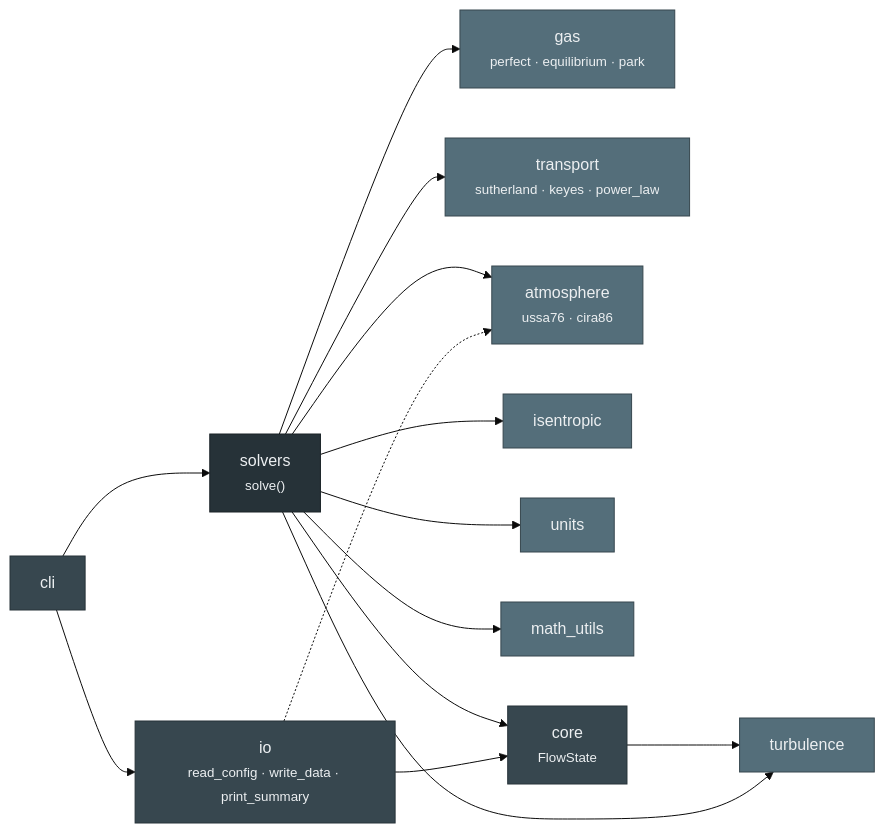
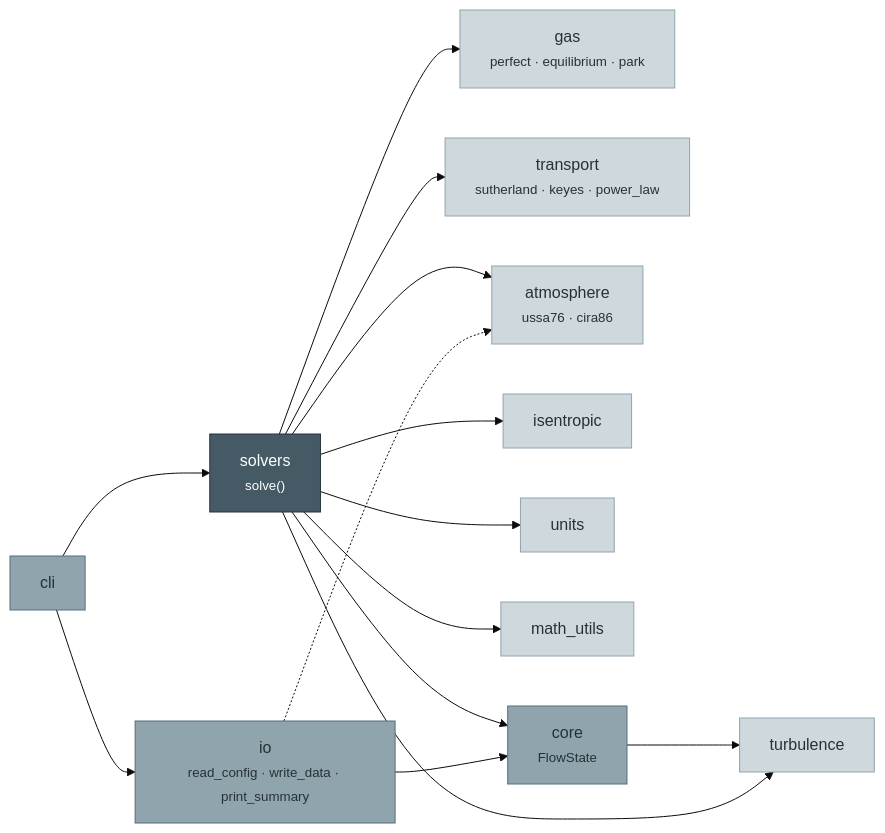
Before and after one commit to uahypersonics/flow_state: the diagram in docs/api/index.md, drawn with Mermaid (base theme).

Commit message:
updating color palette for architecture graph

````diff
--- a/docs/api/index.md
+++ b/docs/api/index.md
@@ -14,46 +14,46 @@
 ``` mermaid
 graph LR
 
     %% ---- leaf modules (no internal deps) ----
     gas["gas<br/><small>perfect · equilibrium · park</small>"]
     transport["transport<br/><small>sutherland · keyes · power_law</small>"]
     atmosphere["atmosphere<br/><small>ussa76 · cira86</small>"]
     isentropic["isentropic"]
     turbulence["turbulence"]
     units["units"]
     math_utils["math_utils"]
 
     %% ---- core ----
     core["core<br/><small>FlowState</small>"]
     core --> turbulence
 
     %% ---- solvers (central hub) ----
     solvers["solvers<br/><small>solve()</small>"]
     solvers --> core
     solvers --> gas
     solvers --> transport
     solvers --> atmosphere
     solvers --> isentropic
     solvers --> turbulence
     solvers --> units
     solvers --> math_utils
 
     %% ---- io ----
     io["io<br/><small>read_config · write_data · print_summary</small>"]
     io --> core
     io -.-> atmosphere
 
     %% ---- cli ----
     cli["cli"]
     cli --> solvers
     cli --> io
 
     %% ---- styling ----
-    classDef hub fill:#263238,stroke:#1a2327,color:#eceff1
-    classDef mid fill:#37474f,stroke:#263238,color:#eceff1
-    classDef leaf fill:#546e7a,stroke:#37474f,color:#eceff1
+    classDef hub fill:#455a64,stroke:#263238,color:#ffffff
+    classDef mid fill:#90a4ae,stroke:#546e7a,color:#263238
+    classDef leaf fill:#cfd8dc,stroke:#90a4ae,color:#263238
 
     class solvers hub
     class core,io,cli mid
     class gas,transport,atmosphere,isentropic,turbulence,units,math_utils leaf
 ```
````
